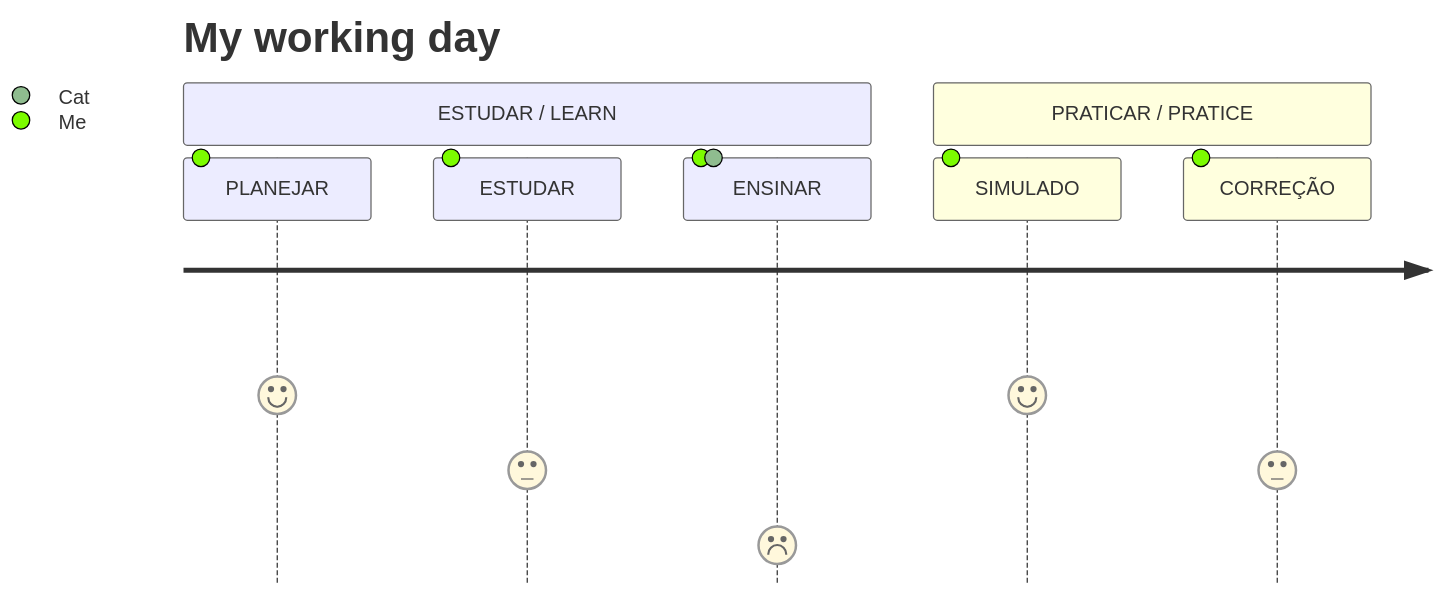
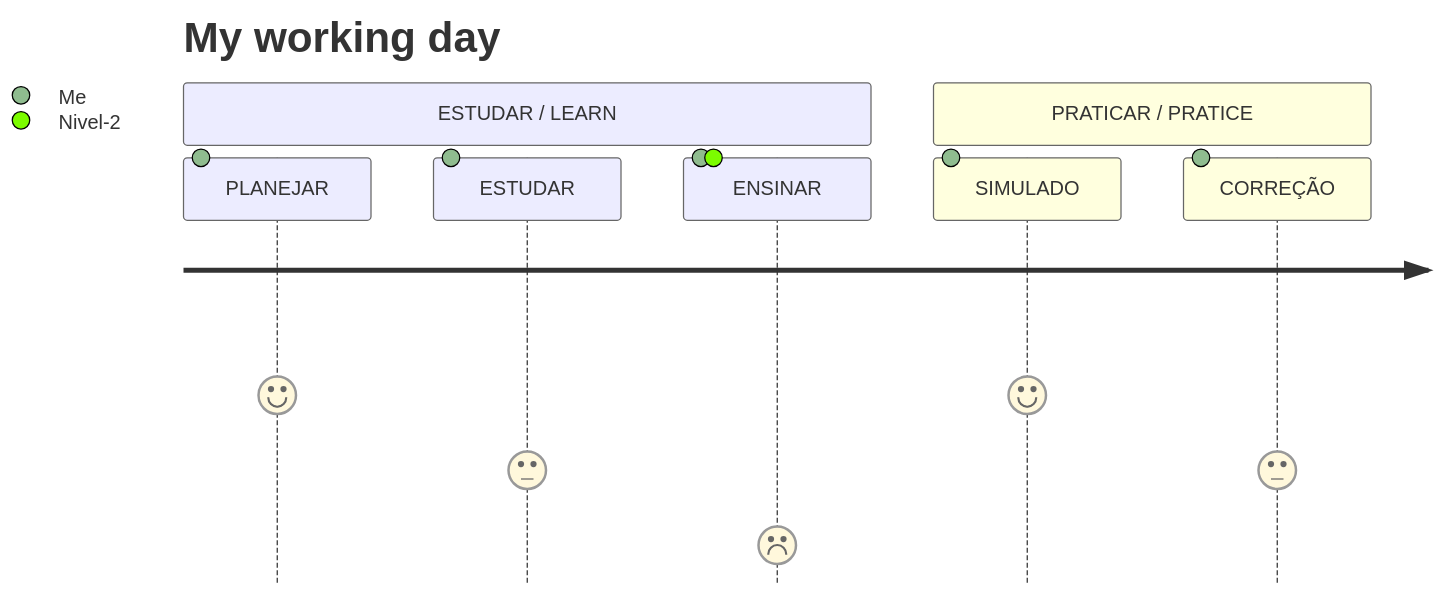
One commit to SauloCandeira/concursos changed the third of 3 diagrams in readme.md. Above: the diagram before and after it, drawn with Mermaid.

````diff
--- a/readme.md
+++ b/readme.md
@@ -52,14 +52,14 @@
 ```mermaid
   journey
     title My working day
     
     section ESTUDAR / LEARN
       PLANEJAR: 5: Me
       
       ESTUDAR: 3: Me
-      ENSINAR: 1: Me, Cat
+      ENSINAR: 1: Me, Nivel-2
     
     section PRATICAR / PRATICE
       SIMULADO: 5: Me
       CORREÇÃO: 3: Me
 ```
````
